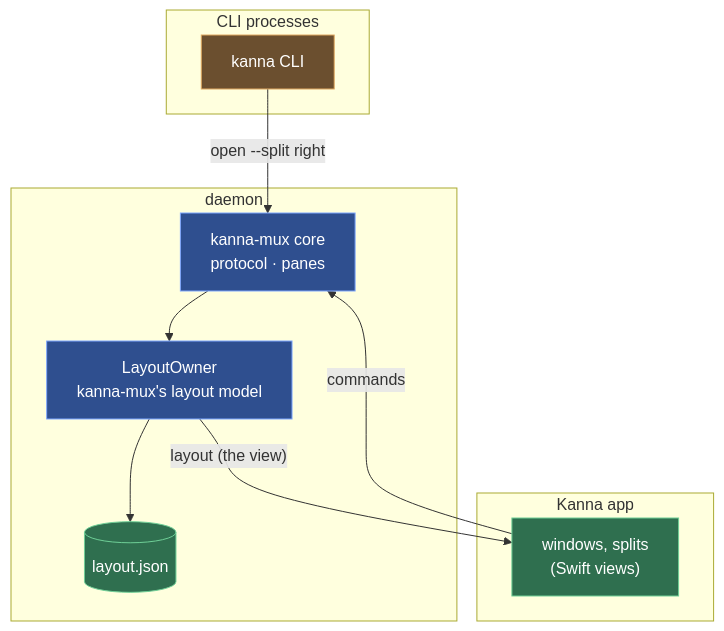
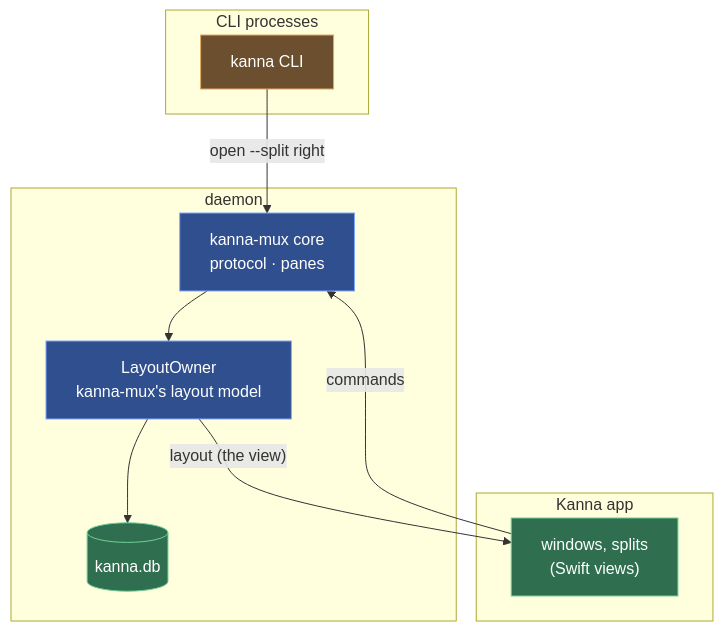
Before and after one commit to tampopogk/kanna: the first of 2 diagrams in docs/specs/layout.md, drawn with Mermaid. The commit also changed other lines of this file and 20 other files, not shown here.

Commit message:
The layout is saved in kanna.db beside the tasks: a layout table, written after a change, on stopping, and with a task's row when it's done; a layout.json is imported once

````diff
--- a/docs/specs/layout.md
+++ b/docs/specs/layout.md
@@ -23,22 +23,22 @@
 ```mermaid
 flowchart TB
     subgraph CLIP["CLI processes"]
         CLI["kanna CLI"]
     end
     subgraph A["Kanna app"]
         VIEW["windows, splits<br/>(Swift views)"]
     end
     subgraph D["daemon"]
         CORE["kanna-mux core<br/>protocol · panes"] --> OWNER["LayoutOwner<br/>kanna-mux's layout model"]
-        OWNER --> FILE[("layout.json")]
+        OWNER --> FILE[("kanna.db")]
     end
     CLI -->|"open --split right"| CORE
     VIEW -->|"commands"| CORE
     OWNER -->|"layout (the view)"| VIEW
     classDef kanna fill:#2f6f4f,stroke:#6fcf97,color:#ffffff
     classDef kmux fill:#2f4f8f,stroke:#7fa7ff,color:#ffffff
     classDef ext fill:#6b4f2f,stroke:#e0a960,color:#ffffff
     class CORE,OWNER kmux
     class VIEW,FILE kanna
     class CLI ext
 ```
````
